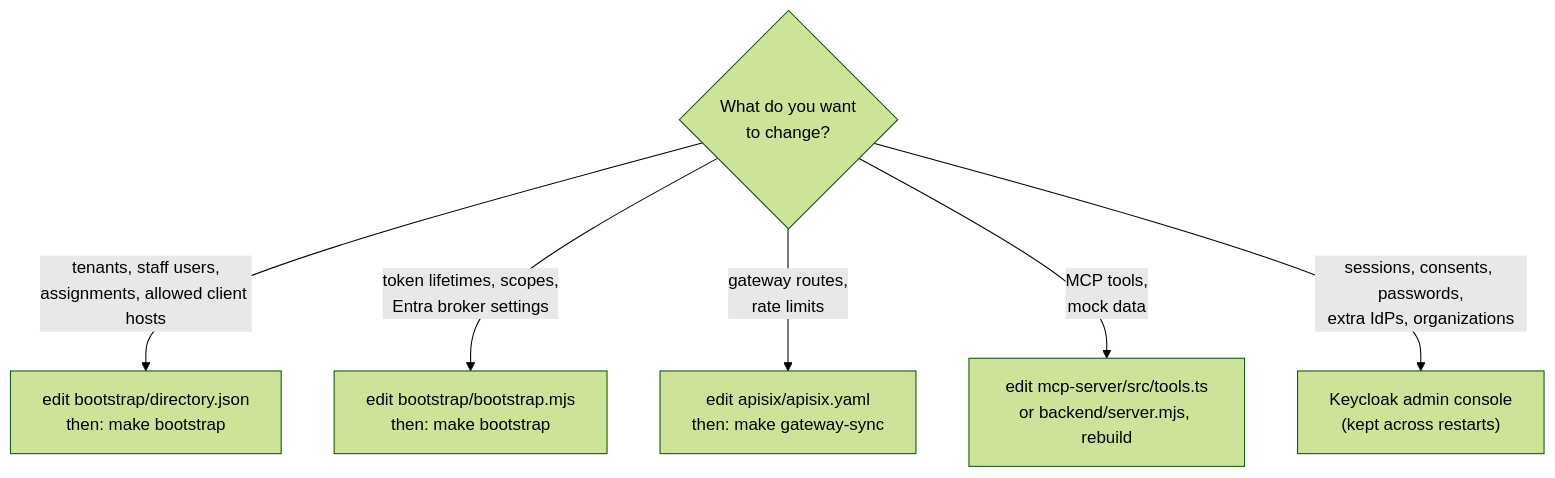
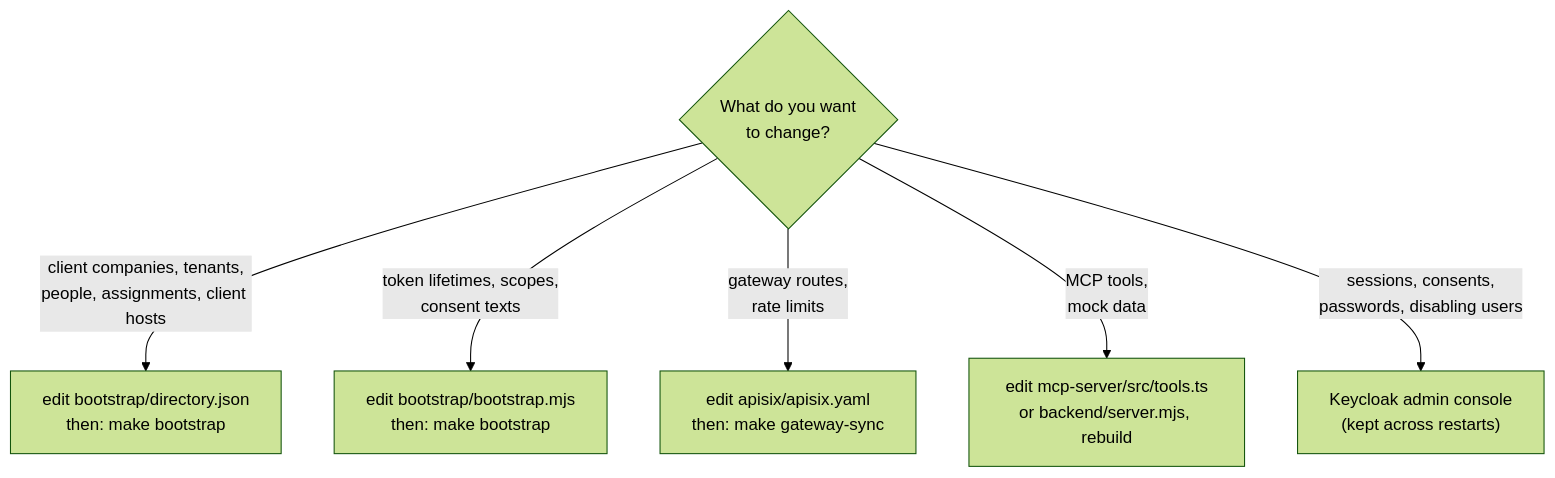
One commit to jricardooliveira/mcp-keycloak-apisix changed the third of 5 diagrams in README.md. Above: the diagram before and after it, drawn with Mermaid (forest theme). The commit also changed other lines of this file and 15 other files, not shown here.

````diff
--- a/README.md
+++ b/README.md
@@ -387,9 +404,9 @@
 ```mermaid
 flowchart TD
   Q{"What do you want<br/>to change?"}
-  Q -->|"tenants, staff users,<br/>assignments, allowed client hosts"| D["edit bootstrap/directory.json<br/>then: make bootstrap"]
-  Q -->|"token lifetimes, scopes,<br/>Entra broker settings"| B["edit bootstrap/bootstrap.mjs<br/>then: make bootstrap"]
+  Q -->|"client companies, tenants,<br/>people, assignments, client hosts"| D["edit bootstrap/directory.json<br/>then: make bootstrap"]
+  Q -->|"token lifetimes, scopes,<br/>consent texts"| B["edit bootstrap/bootstrap.mjs<br/>then: make bootstrap"]
   Q -->|"gateway routes,<br/>rate limits"| A["edit apisix/apisix.yaml<br/>then: make gateway-sync"]
   Q -->|"MCP tools,<br/>mock data"| T["edit mcp-server/src/tools.ts<br/>or backend/server.mjs, rebuild"]
-  Q -->|"sessions, consents, passwords,<br/>extra IdPs, organizations"| UI["Keycloak admin console<br/>(kept across restarts)"]
+  Q -->|"sessions, consents,<br/>passwords, disabling users"| UI["Keycloak admin console<br/>(kept across restarts)"]
 ```
````
